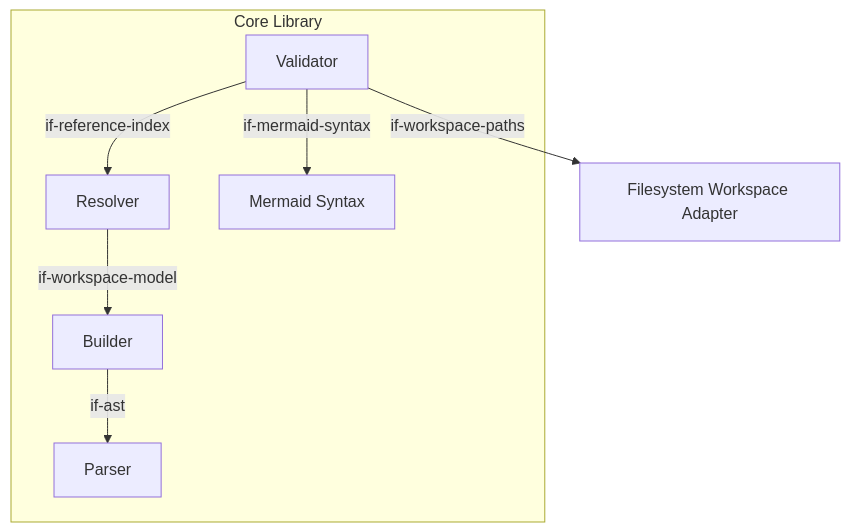
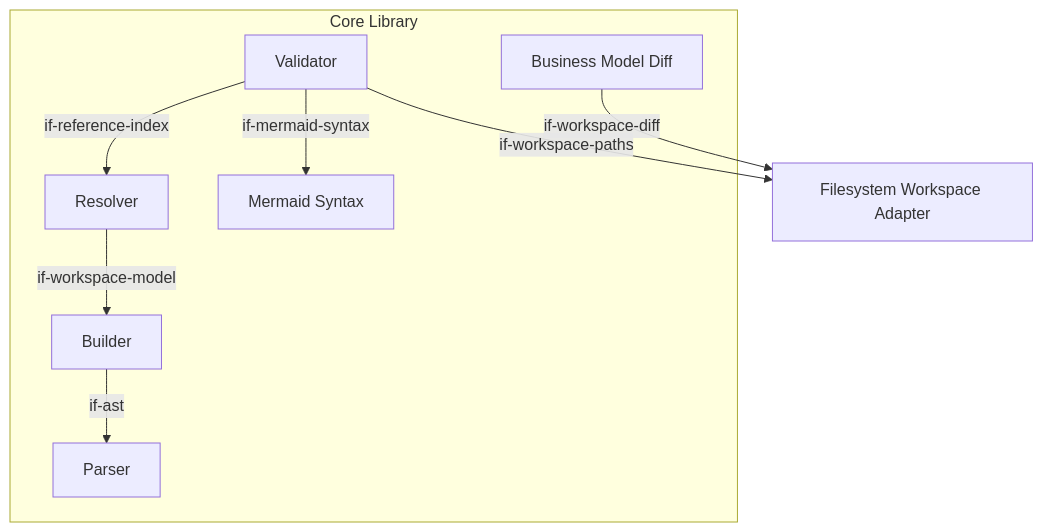
The second of 3 diagrams in docs/arc42/05-building-blocks.arc42.md (mrsimpson/biz42), drawn with Mermaid before and after one commit. The commit also changed other lines of this file and 3 other files, not shown here.

First line of the commit message:
docs: describe the business model diff

````diff
--- a/docs/arc42/05-building-blocks.arc42.md
+++ b/docs/arc42/05-building-blocks.arc42.md
@@ -72,17 +72,19 @@
 ```mermaid
 graph TD
     subgraph bb-core["Core Library"]
         bb-parser["Parser"]
         bb-builder["Builder"]
         bb-resolver["Resolver"]
         bb-validator["Validator"]
         bb-mermaid["Mermaid Syntax"]
+        bb-diff["Business Model Diff"]
     end
     bb-workspace-fs["Filesystem Workspace Adapter"]
 
     bb-builder -->|"if-ast"| bb-parser
     bb-resolver -->|"if-workspace-model"| bb-builder
     bb-validator -->|"if-reference-index"| bb-resolver
     bb-validator -->|"if-workspace-paths"| bb-workspace-fs
     bb-validator -->|"if-mermaid-syntax"| bb-mermaid
+    bb-diff -->|"if-workspace-diff"| bb-workspace-fs
 ```
````
